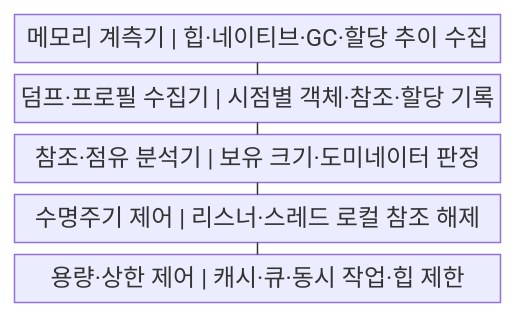
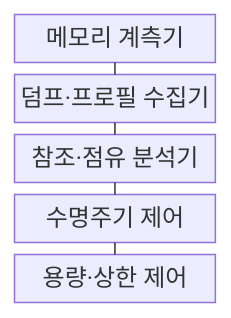
The first of 2 diagrams in src/content/docs/notes/03-software/211_memory_leak_heap_overflow.md (agnusdei1207/knowledge-base), drawn with Mermaid before and after one commit. The commit also changed other lines of this file and 238 other files, not shown here.

````diff
--- a/src/content/docs/notes/03-software/211_memory_leak_heap_overflow.md
+++ b/src/content/docs/notes/03-software/211_memory_leak_heap_overflow.md
@@ -52,13 +52,13 @@
 ```mermaid
-block
+block-beta
     columns 1
-    A["메모리 계측기 | 힙·네이티브·GC·할당 추이 수집"]
-    B["덤프·프로필 수집기 | 시점별 객체·참조·할당 기록"]
-    C["참조·점유 분석기 | 보유 크기·도미네이터 판정"]
-    D["수명주기 제어 | 리스너·스레드 로컬 참조 해제"]
-    E["용량·상한 제어 | 캐시·큐·동시 작업·힙 제한"]
+    A["메모리 계측기"]
+    B["덤프·프로필 수집기"]
+    C["참조·점유 분석기"]
+    D["수명주기 제어"]
+    E["용량·상한 제어"]
     A --- B
     B --- C
     C --- D
     D --- E
 ```
````
